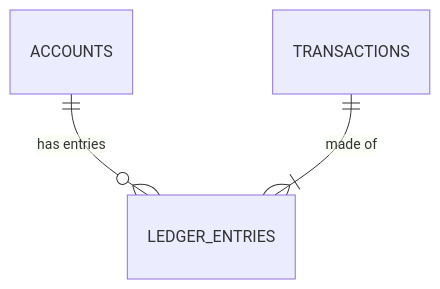
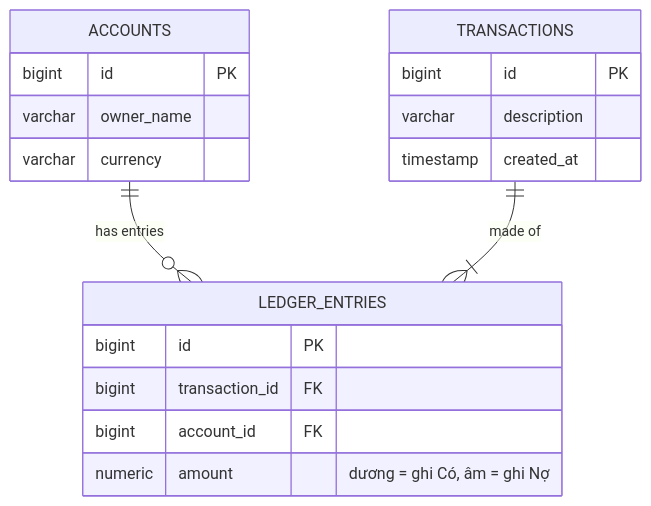
The diagram in backend/database/rdbms/use-cases/05-bank-ledger/README.md (JeDTr/learning), drawn with Mermaid before and after one commit. The commit also changed 19 other files, not shown here.

First line of the commit message:
Flesh out RDBMS use-case examples: full schema + detailed ERDs

````diff
--- a/backend/database/rdbms/use-cases/05-bank-ledger/README.md
+++ b/backend/database/rdbms/use-cases/05-bank-ledger/README.md
@@ -5,5 +5,22 @@
 ```mermaid
 erDiagram
     ACCOUNTS ||--o{ LEDGER_ENTRIES : "has entries"
     TRANSACTIONS ||--|{ LEDGER_ENTRIES : "made of"
+
+    ACCOUNTS {
+        bigint id PK
+        varchar owner_name
+        varchar currency
+    }
+    TRANSACTIONS {
+        bigint id PK
+        varchar description
+        timestamp created_at
+    }
+    LEDGER_ENTRIES {
+        bigint id PK
+        bigint transaction_id FK
+        bigint account_id FK
+        numeric amount "dương = ghi Có, âm = ghi Nợ"
+    }
 ```
````
